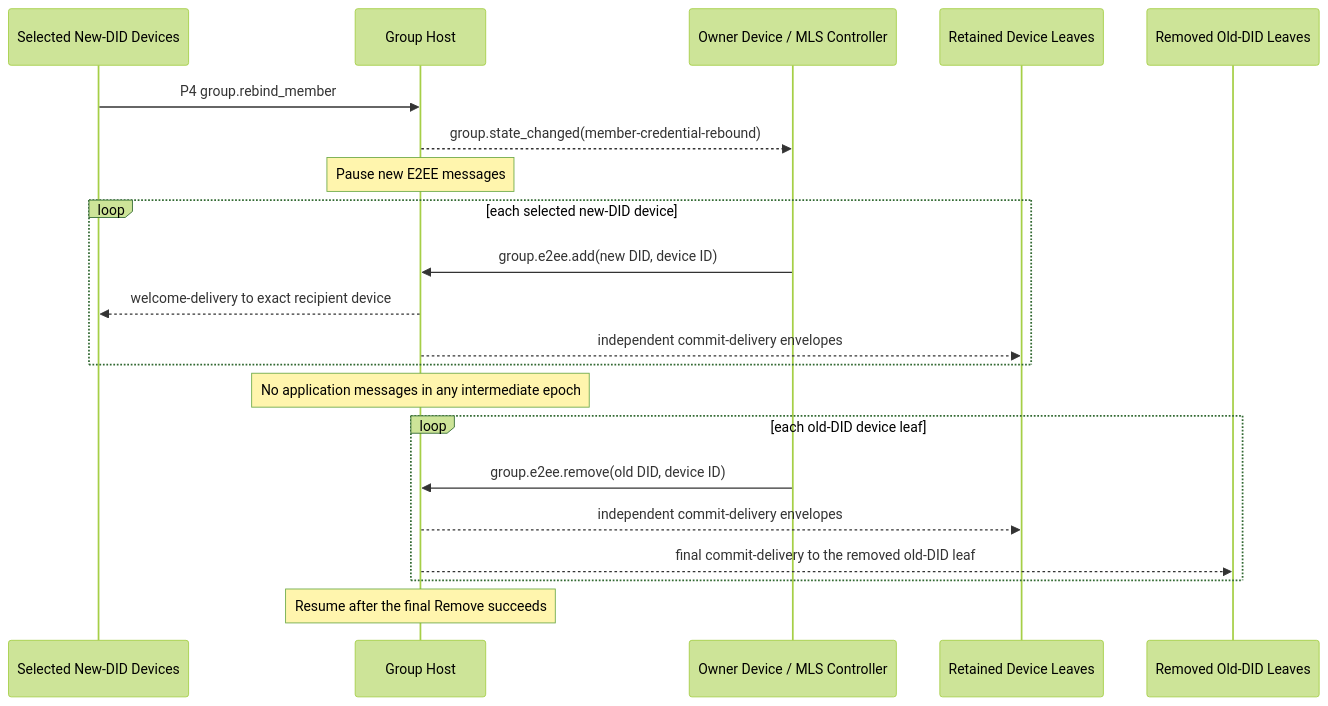
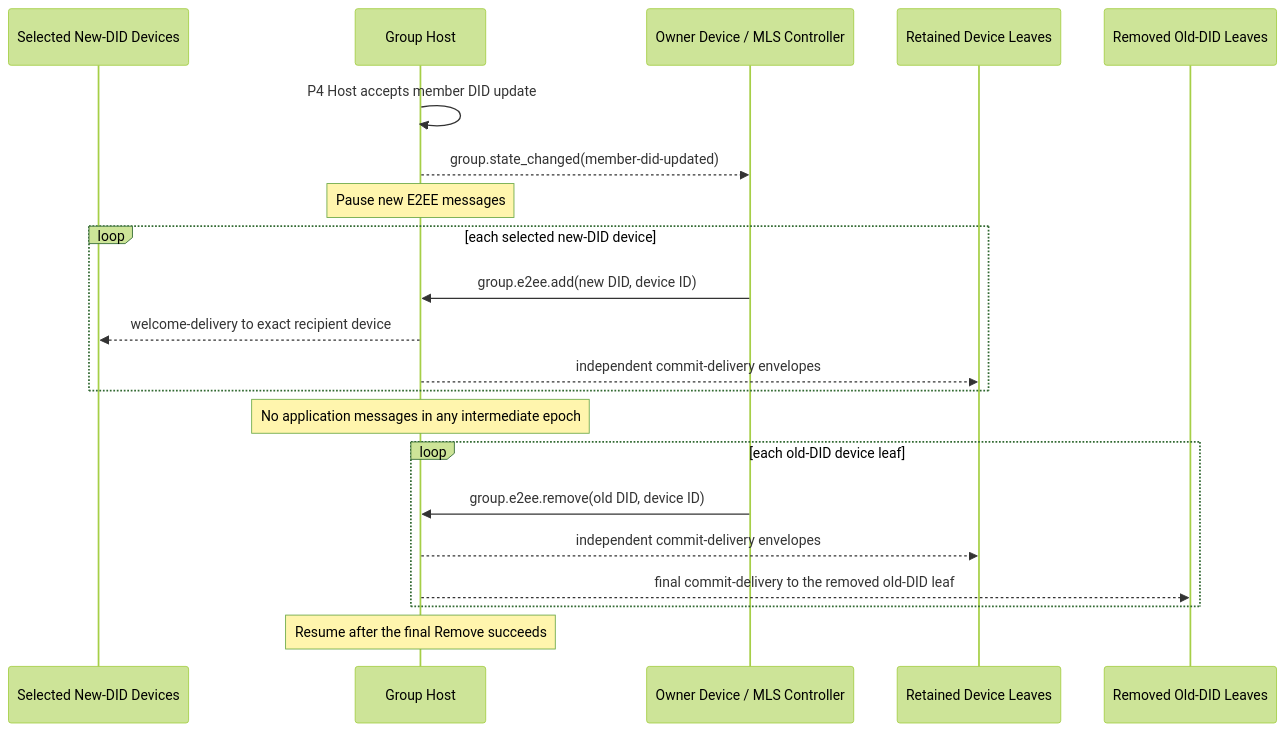
The ninth of 9 diagrams in message/vnext/06-group-end-to-end-encryption.md (NeatNerdPrime/AgentNetworkProtocol), drawn with Mermaid (forest theme) before and after one commit. The commit also changed other lines of this file and 19 other files, not shown here.

````diff
--- a/message/vnext/06-group-end-to-end-encryption.md
+++ b/message/vnext/06-group-end-to-end-encryption.md
@@ -1810,24 +1814,24 @@
 ```mermaid
 sequenceDiagram
     participant N as Selected New-DID Devices
     participant H as Group Host
     participant O as Owner Device / MLS Controller
     participant M as Retained Device Leaves
     participant P as Removed Old-DID Leaves
 
-    N->>H: P4 group.rebind_member
-    H-->>O: group.state_changed(member-credential-rebound)
+    H->>H: P4 Host accepts member DID update
+    H-->>O: group.state_changed(member-did-updated)
     Note over H: Pause new E2EE messages
     loop each selected new-DID device
         O->>H: group.e2ee.add(new DID, device ID)
         H-->>N: welcome-delivery to exact recipient device
         H-->>M: independent commit-delivery envelopes
     end
     Note over H: No application messages in any intermediate epoch
     loop each old-DID device leaf
         O->>H: group.e2ee.remove(old DID, device ID)
         H-->>M: independent commit-delivery envelopes
         H-->>P: final commit-delivery to the removed old-DID leaf
     end
     Note over H: Resume after the final Remove succeeds
 ```
````
